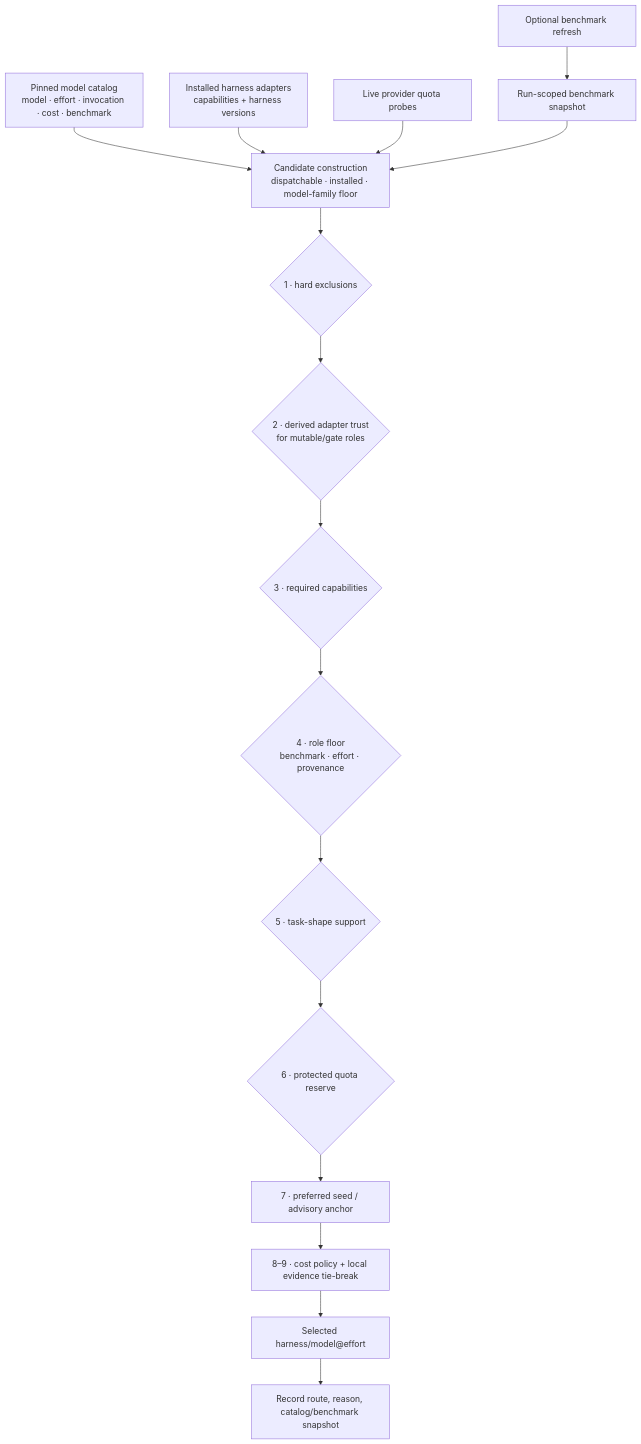
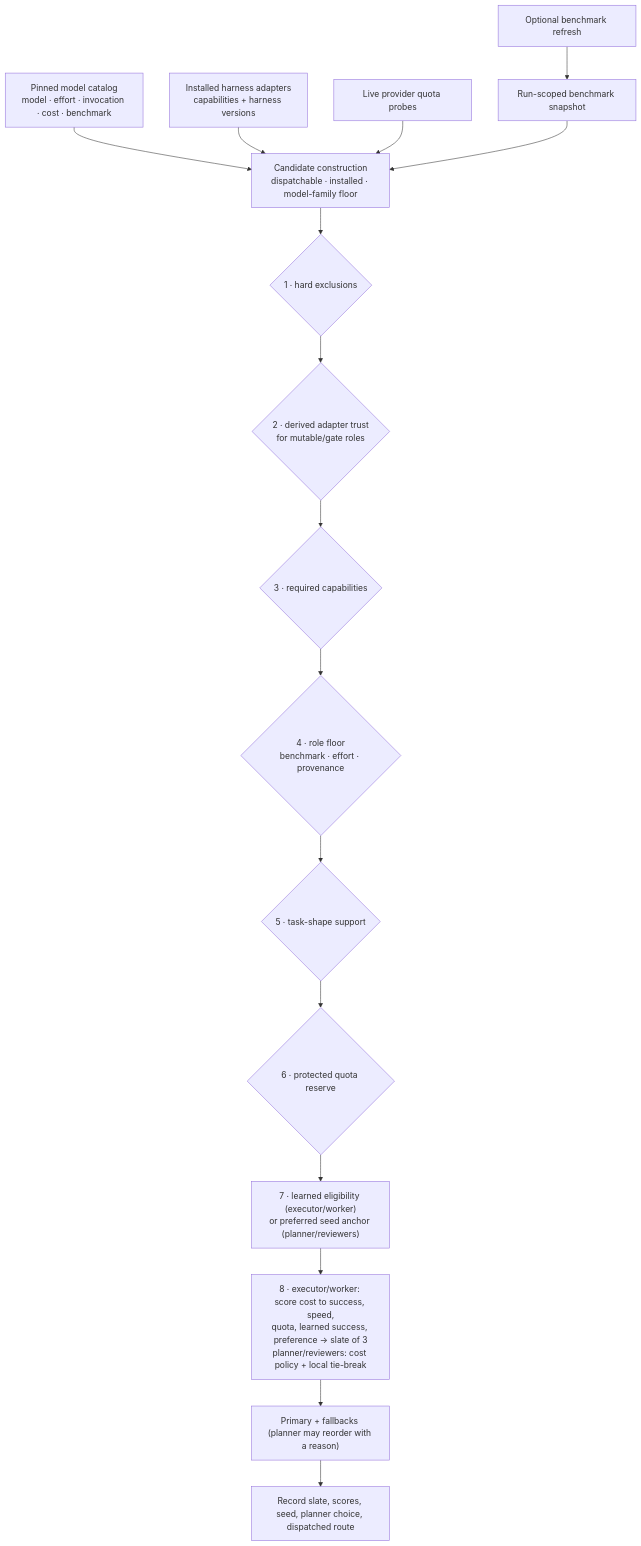
One commit to Hikari9/auto-office changed the third of 3 diagrams in README.md. Above: the diagram before and after it, drawn with Mermaid. The commit also changed other lines of this file and 6 other files, not shown here.

First line of the commit message:
docs(routing): reconcile protocol, schema and replay harness with #300

````diff
--- a/README.md
+++ b/README.md
@@ -315,19 +315,19 @@
 ```mermaid
 flowchart TD
     A["Pinned model catalog<br/>model · effort · invocation · cost · benchmark"] --> D["Candidate construction<br/>dispatchable · installed · model-family floor"]
     B["Installed harness adapters<br/>capabilities + harness versions"] --> D
     C["Live provider quota probes"] --> D
     R["Optional benchmark refresh"] --> S["Run-scoped benchmark snapshot"]
     S --> D
 
     D --> E{"1 · hard exclusions"}
     E --> F{"2 · derived adapter trust<br/>for mutable/gate roles"}
     F --> G{"3 · required capabilities"}
     G --> H{"4 · role floor<br/>benchmark · effort · provenance"}
     H --> I{"5 · task-shape support"}
     I --> J{"6 · protected quota reserve"}
-    J --> K["7 · preferred seed / advisory anchor"]
-    K --> L["8–9 · cost policy + local evidence tie-break"]
-    L --> M["Selected harness/model@effort"]
-    M --> N["Record route, reason, catalog/benchmark snapshot"]
+    J --> K["7 · learned eligibility (executor/worker)<br/>or preferred seed anchor (planner/reviewers)"]
+    K --> L["8 · executor/worker: score cost to success, speed,<br/>quota, learned success, preference → slate of 3<br/>planner/reviewers: cost policy + local tie-break"]
+    L --> M["Primary + fallbacks (planner may reorder with a reason)"]
+    M --> N["Record slate, scores, seed, planner choice, dispatched route"]
 ```
````
